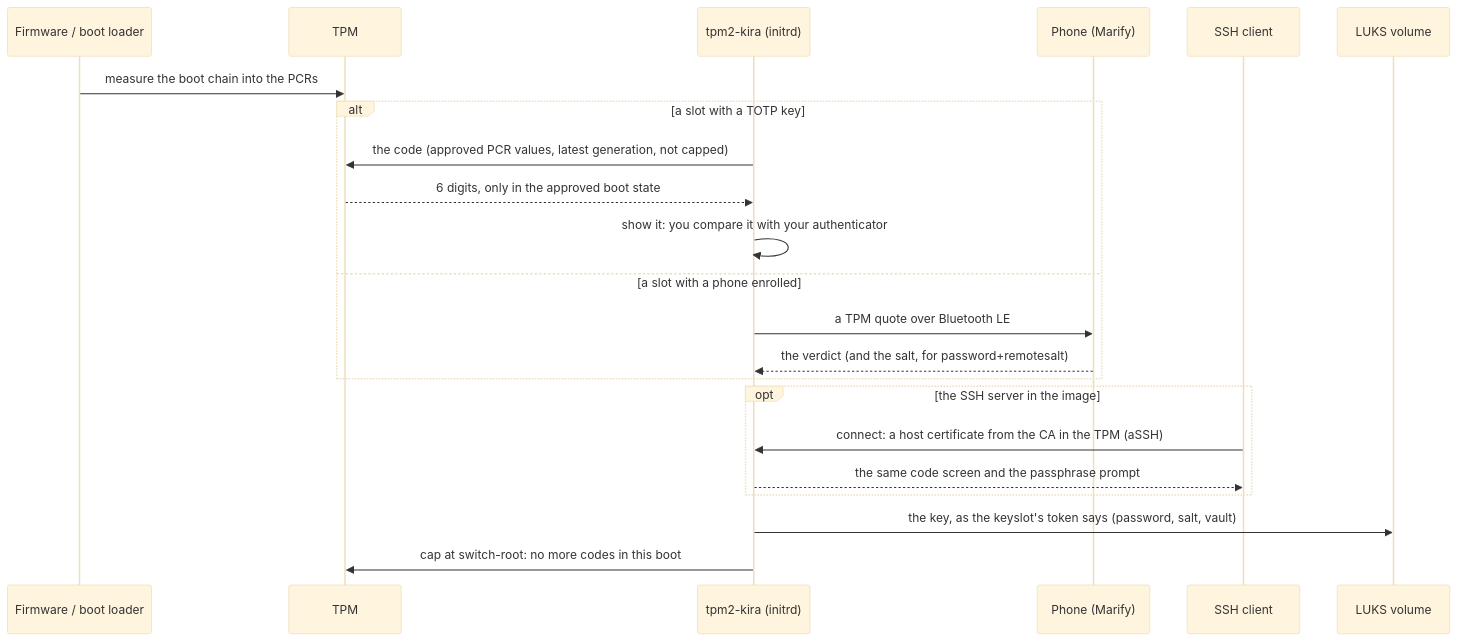
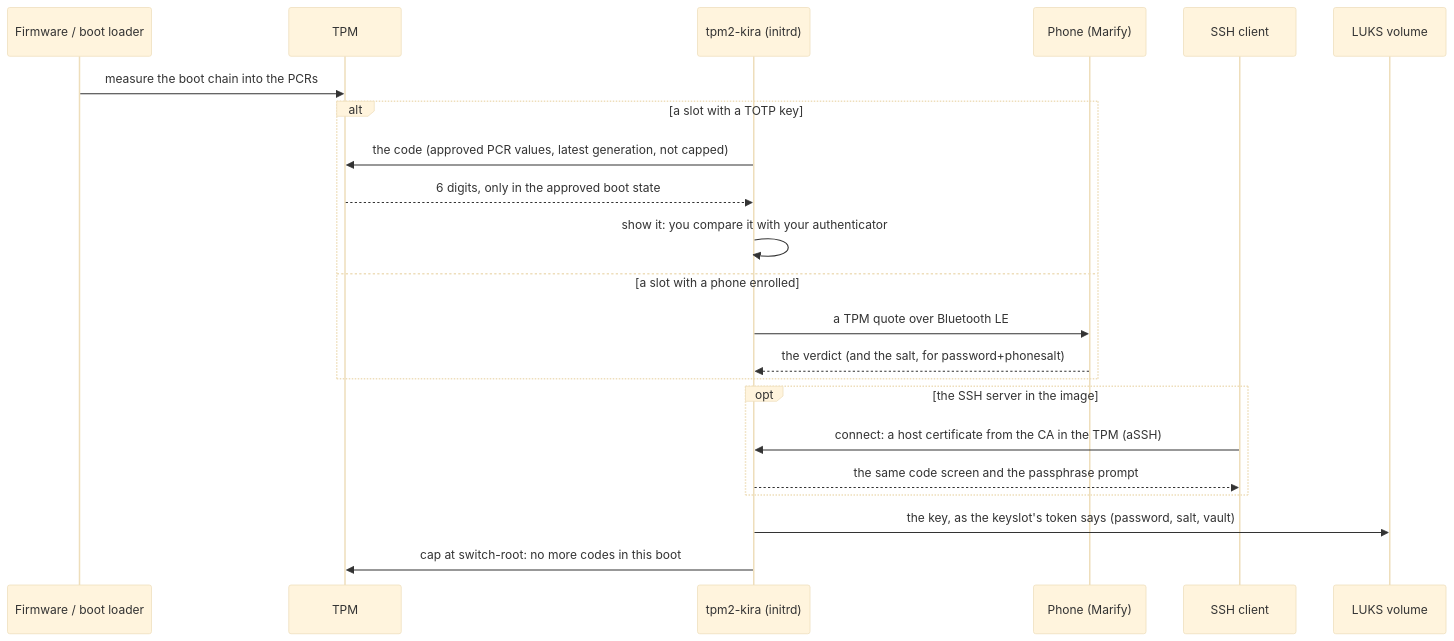
The second of 2 diagrams in README.md (mrwiora/tpm2-kira), drawn with Mermaid (base theme) before and after one commit. The commit also changed other lines of this file and 108 other files, not shown here.

````diff
--- a/README.md
+++ b/README.md
@@ -980,24 +980,24 @@
 ```mermaid
 sequenceDiagram
   participant FW as Firmware / boot loader
   participant TPM
   participant K as tpm2-kira (initrd)
   participant P as Phone (Marify)
   participant S as SSH client
   participant D as LUKS volume
   FW->>TPM: measure the boot chain into the PCRs
   alt a slot with a TOTP key
     K->>TPM: the code (approved PCR values, latest generation, not capped)
     TPM-->>K: 6 digits, only in the approved boot state
     K->>K: show it: you compare it with your authenticator
   else a slot with a phone enrolled
     K->>P: a TPM quote over Bluetooth LE
-    P-->>K: the verdict (and the salt, for password+remotesalt)
+    P-->>K: the verdict (and the salt, for password+phonesalt)
   end
   opt the SSH server in the image
     S->>K: connect: a host certificate from the CA in the TPM (aSSH)
     K-->>S: the same code screen and the passphrase prompt
   end
   K->>D: the key, as the keyslot's token says (password, salt, vault)
   K->>TPM: cap at switch-root: no more codes in this boot
 ```
````
